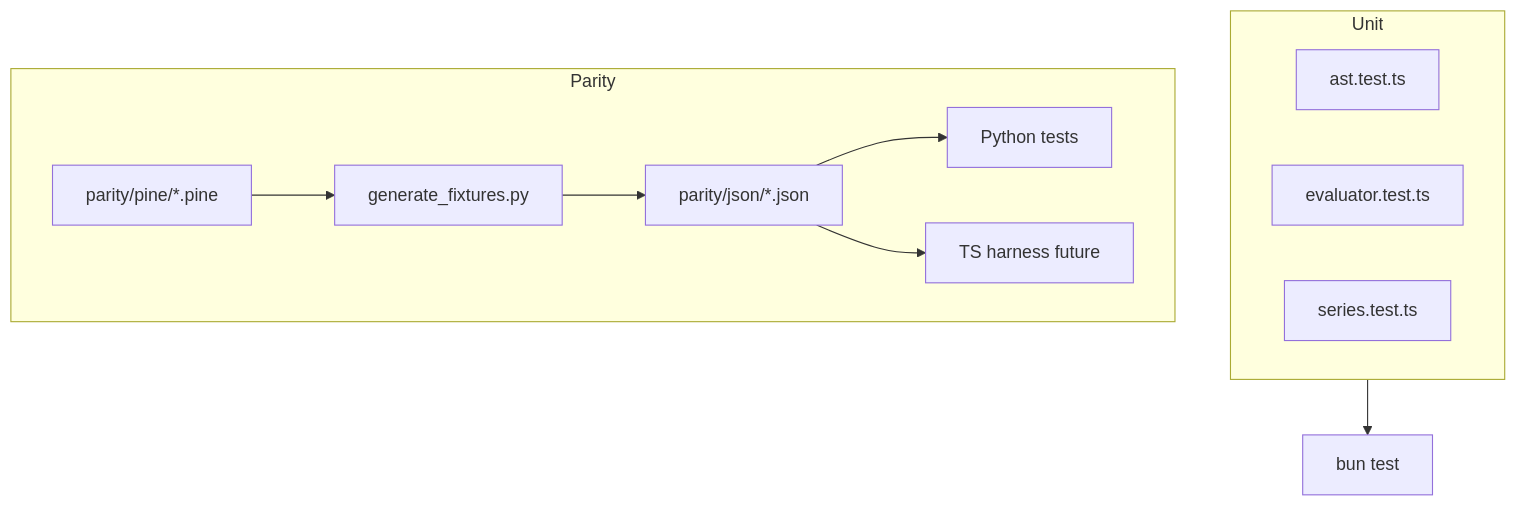
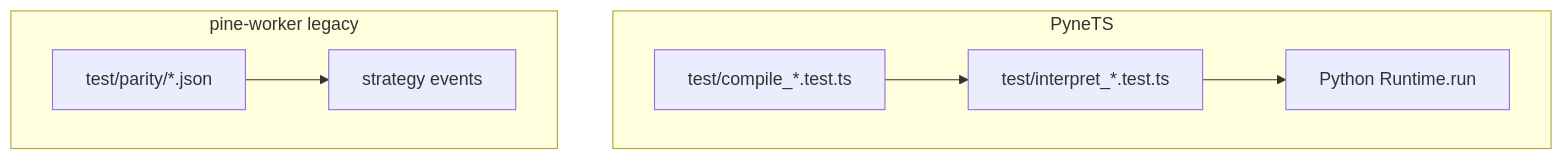
Before and after one commit to hoox-sh/pyne: the diagram in docs/pyne/pine-worker/testing.mdx, drawn with Mermaid. The commit also changed other lines of this file and 60 other files, not shown here.

````diff
--- a/docs/pyne/pine-worker/testing.mdx
+++ b/docs/pyne/pine-worker/testing.mdx
@@ -38,15 +43,13 @@
 ```mermaid
 flowchart TB
-  subgraph Unit
-    T1[ast.test.ts]
-    T2[evaluator.test.ts]
-    T3[series.test.ts]
+  subgraph PyneTS
+    UT[test/interpret_*.test.ts]
+    CT[test/compile_*.test.ts]
+    UT --> PY[Python Runtime.run]
+    CT --> UT
   end
-  subgraph Parity
-    PINE[parity/pine/*.pine] --> GEN[generate_fixtures.py]
-    GEN --> JSON[parity/json/*.json]
-    JSON --> PYT[Python tests]
-    JSON --> TST[TS harness future]
+  subgraph pine-worker legacy
+    PE[test/parity/*.json]
+    PE --> EV[strategy events]
   end
-  Unit --> BUN[bun test]
 ```
````
